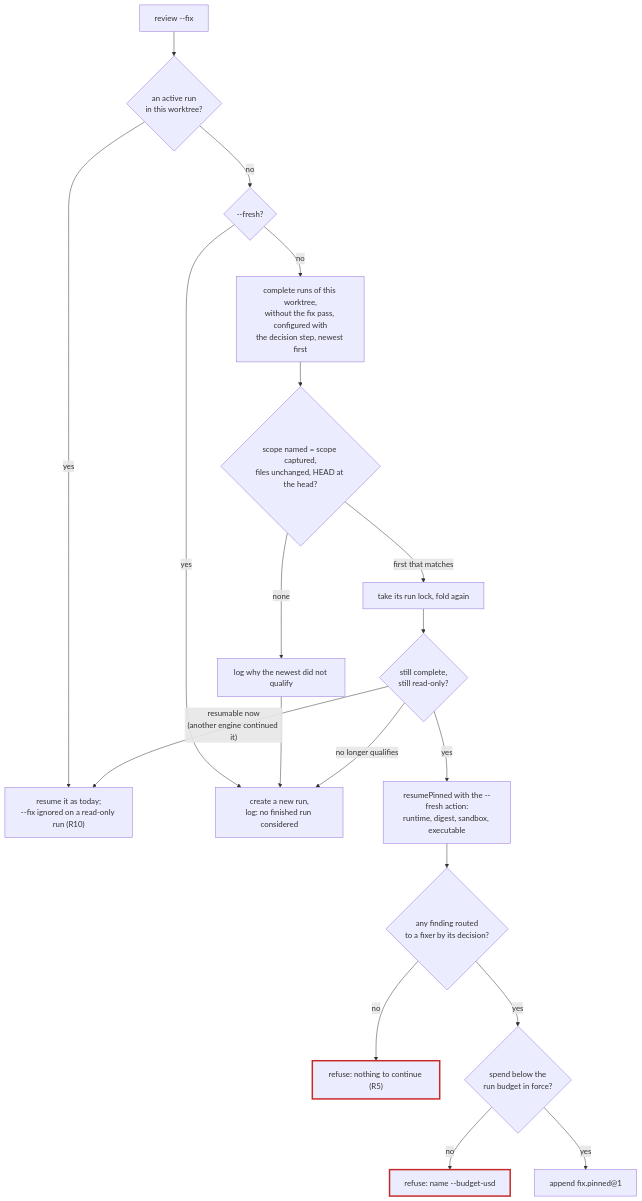
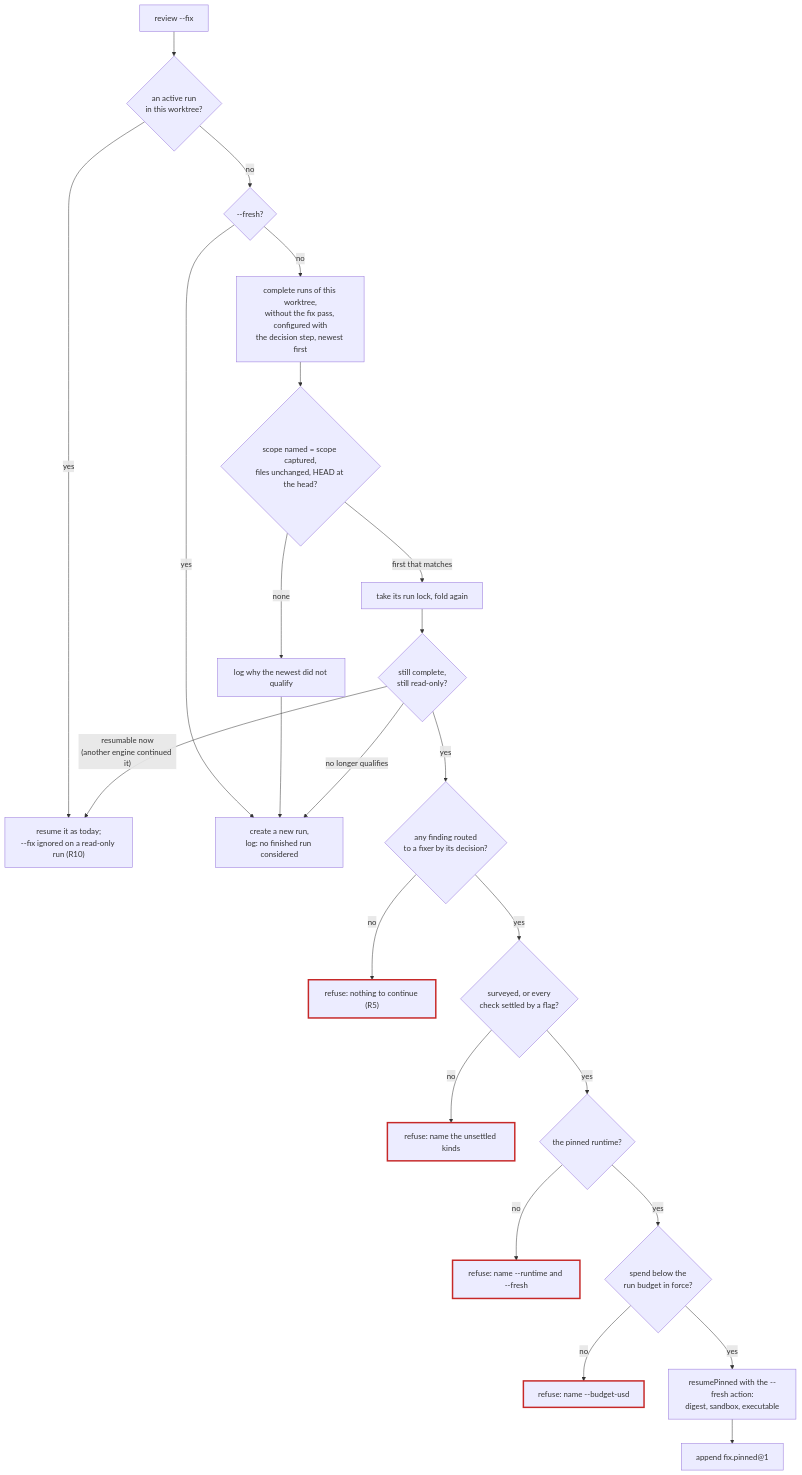
The first of 3 diagrams in docs/changes/2026-10-10-fix-pass-continuation.design.md (josephjang/deep-review), drawn with Mermaid before and after one commit. The commit also changed other lines of this file and 3 other files, not shown here.

````diff
--- a/docs/changes/2026-10-10-fix-pass-continuation.design.md
+++ b/docs/changes/2026-10-10-fix-pass-continuation.design.md
@@ -116,22 +116,26 @@
 ```mermaid
 flowchart TD
   start["review --fix <scope flags>"] --> active{"an active run<br/>in this worktree?"}
   active -- "yes" --> resume["resume it as today;<br/>--fix ignored on a read-only run (R10)"]
   active -- "no" --> fresh{"--fresh?"}
   fresh -- "yes" --> create["create a new run,<br/>log: no finished run considered"]
   fresh -- "no" --> candidates["complete runs of this worktree,<br/>without the fix pass, configured with<br/>the decision step, newest first"]
   candidates --> match{"scope named = scope captured,<br/>files unchanged, HEAD at the head?"}
   match -- "none" --> explain["log why the newest did not qualify"] --> create
   match -- "first that matches" --> lock["take its run lock, fold again"]
   lock --> still{"still complete,<br/>still read-only?"}
   still -- "resumable now<br/>(another engine continued it)" --> resume
   still -- "no longer qualifies" --> create
-  still -- "yes" --> pins["resumePinned with the --fresh action:<br/>runtime, digest, sandbox, executable"]
-  pins --> routed{"any finding routed<br/>to a fixer by its decision?"}
+  still -- "yes" --> routed{"any finding routed<br/>to a fixer by its decision?"}
   routed -- "no" --> refuse["refuse: nothing to continue (R5)"]
-  routed -- "yes" --> budget{"spend below the<br/>run budget in force?"}
+  routed -- "yes" --> surveyed{"surveyed, or every<br/>check settled by a flag?"}
+  surveyed -- "no" --> unsurveyed["refuse: name the unsettled kinds"]
+  surveyed -- "yes" --> runtime{"the pinned runtime?"}
+  runtime -- "no" --> otherRuntime["refuse: name --runtime and --fresh"]
+  runtime -- "yes" --> budget{"spend below the<br/>run budget in force?"}
   budget -- "no" --> overspent["refuse: name --budget-usd"]
-  budget -- "yes" --> pin["append fix.pinned@1"]
+  budget -- "yes" --> pins["resumePinned with the --fresh action:<br/>digest, sandbox, executable"]
+  pins --> pin["append fix.pinned@1"]
   classDef bad stroke:#c62828,stroke-width:3px
-  class refuse,overspent bad
+  class refuse,unsurveyed,otherRuntime,overspent bad
 ```
````
